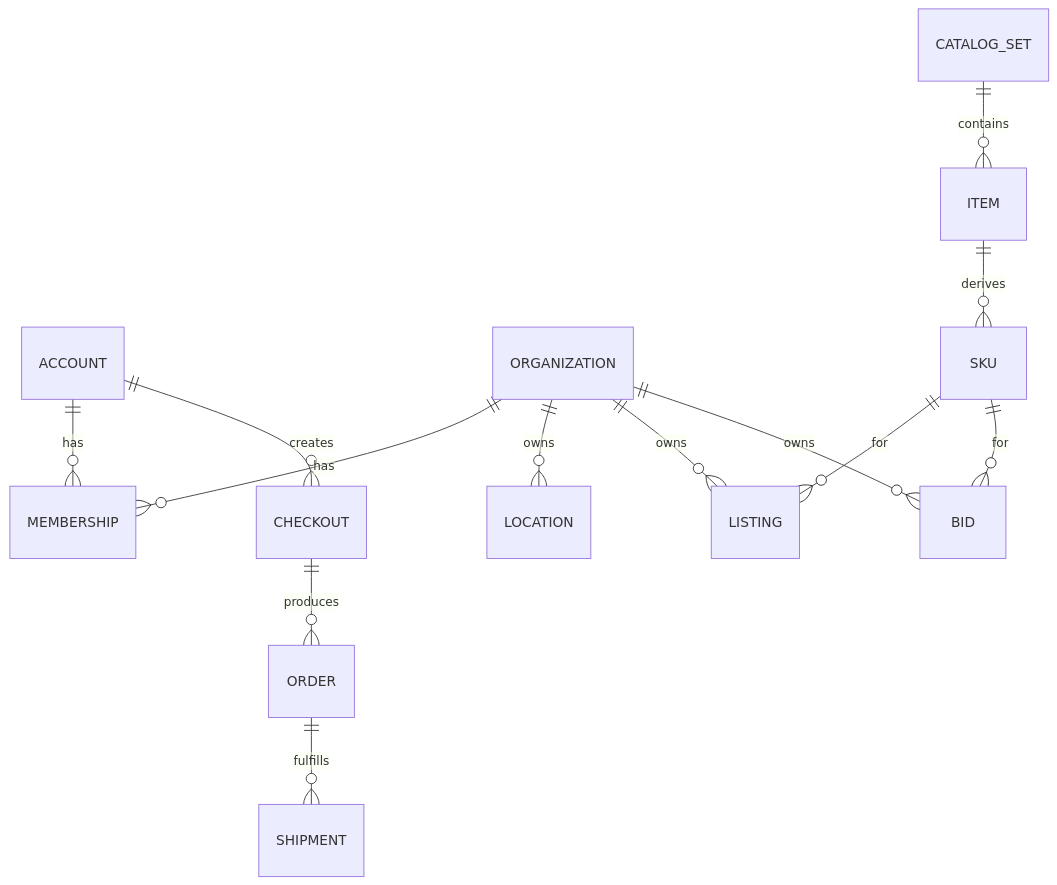
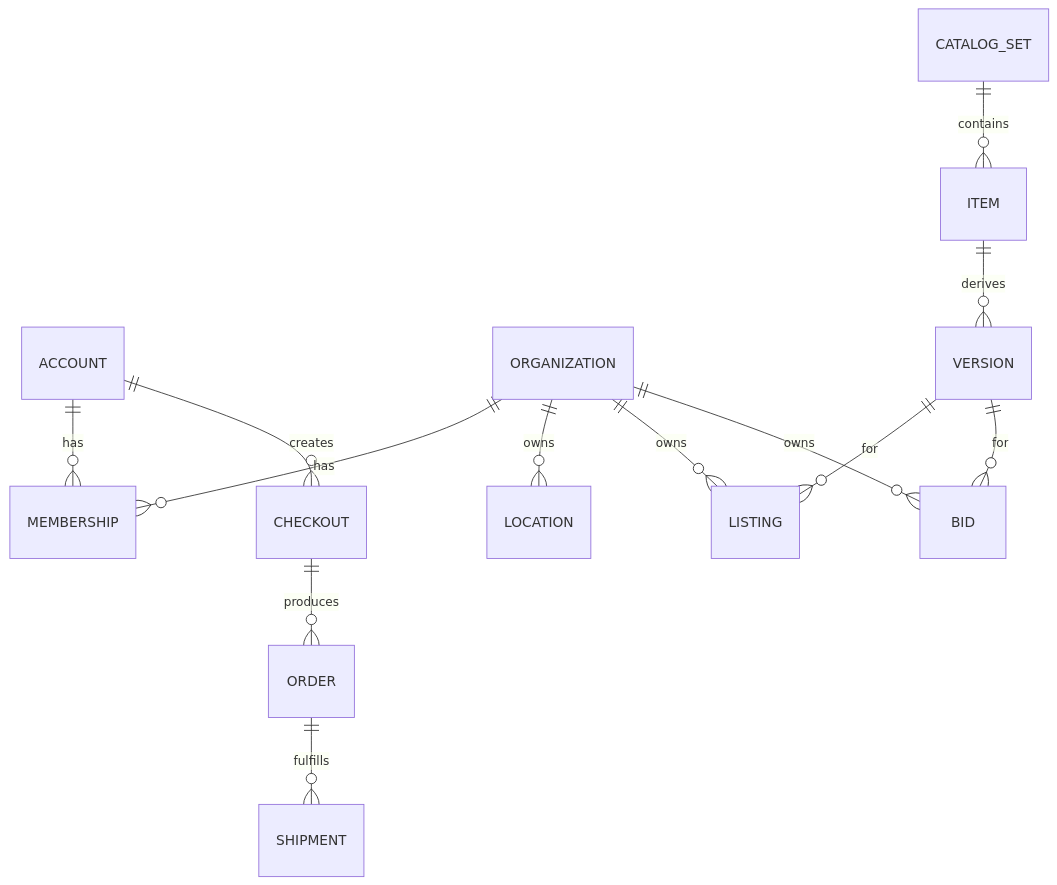
One commit to todd-skelton/chase-sets changed the diagram in artifacts/02-domain-model-and-glossary.md. Above: the diagram before and after it, drawn with Mermaid. The commit also changed other lines of this file and 5 other files, not shown here.

````diff
--- a/artifacts/02-domain-model-and-glossary.md
+++ b/artifacts/02-domain-model-and-glossary.md
@@ -91,15 +109,15 @@
 ```mermaid
 erDiagram
   ACCOUNT ||--o{ MEMBERSHIP : has
   ORGANIZATION ||--o{ MEMBERSHIP : has
   ORGANIZATION ||--o{ LOCATION : owns
   CATALOG_SET ||--o{ ITEM : contains
-  ITEM ||--o{ SKU : derives
+  ITEM ||--o{ VERSION : derives
   ORGANIZATION ||--o{ LISTING : owns
   ORGANIZATION ||--o{ BID : owns
-  SKU ||--o{ LISTING : for
-  SKU ||--o{ BID : for
+  VERSION ||--o{ LISTING : for
+  VERSION ||--o{ BID : for
   ACCOUNT ||--o{ CHECKOUT : creates
   CHECKOUT ||--o{ ORDER : produces
   ORDER ||--o{ SHIPMENT : fulfills
 ```
````
